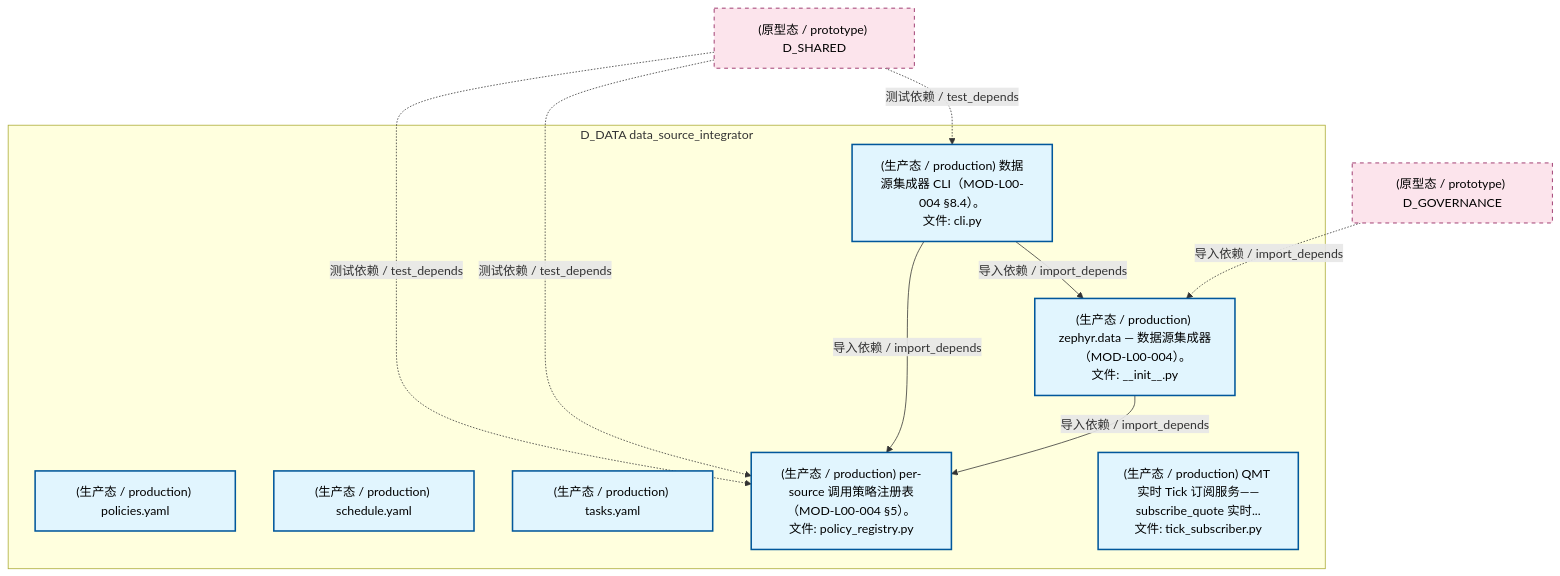
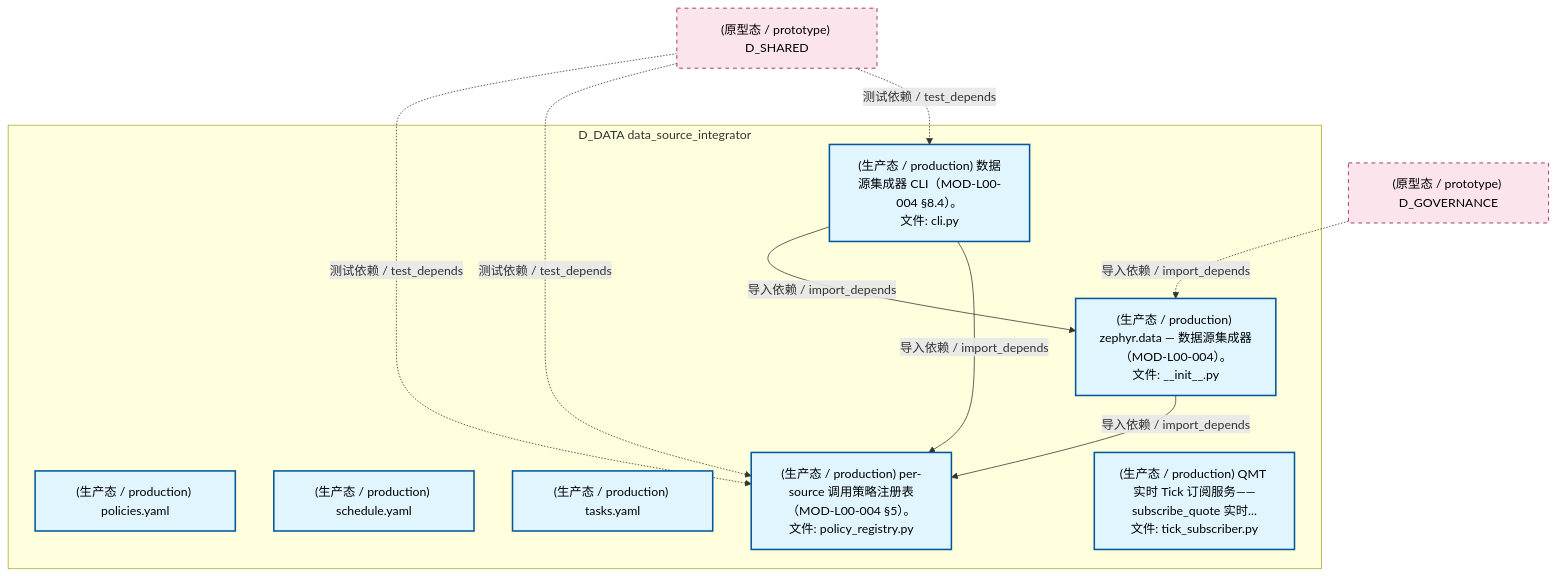
The third of 5 diagrams in docs/02_enterprise_architecture/02_domain_architecture_docs/61_d_data.md (xuanFelixVan/ZephyrAlpha), drawn with Mermaid before and after one commit. The commit also changed other lines of this file and 126 other files, not shown here.

````diff
--- a/docs/02_enterprise_architecture/02_domain_architecture_docs/61_d_data.md
+++ b/docs/02_enterprise_architecture/02_domain_architecture_docs/61_d_data.md
@@ -333,27 +321,27 @@
 ```mermaid
 graph TD
     subgraph D_DATA["D_DATA data_source_integrator"]
         src_zephyr_data_init_py["(生产态 / production) zephyr.data — 数据源集成器（MOD-L00-004）。<br/>文件: __init__.py"]
         src_zephyr_data_cli_py["(生产态 / production) 数据源集成器 CLI（MOD-L00-004 §8.4）。<br/>文件: cli.py"]
         src_zephyr_data_config_policies_yaml["(生产态 / production) policies.yaml"]
         src_zephyr_data_config_schedule_yaml["(生产态 / production) schedule.yaml"]
         src_zephyr_data_config_tasks_yaml["(生产态 / production) tasks.yaml"]
         src_zephyr_data_policy_registry_py["(生产态 / production) per-source 调用策略注册表（MOD-L00-004 §5）。<br/>文件: policy_registry.py"]
         src_zephyr_data_tick_subscriber_py["(生产态 / production) QMT 实时 Tick 订阅服务——subscribe_quote 实时...<br/>文件: tick_subscriber.py"]
     end
     src_zephyr_data_cli_py -->|导入依赖 / import_depends| src_zephyr_data_policy_registry_py
     src_zephyr_data_cli_py -->|导入依赖 / import_depends| src_zephyr_data_init_py
     src_zephyr_data_init_py -->|导入依赖 / import_depends| src_zephyr_data_policy_registry_py
     D_SHARED["(原型态 / prototype) D_SHARED"]
+    D_SHARED -.->|测试依赖 / test_depends| src_zephyr_data_cli_py
     D_SHARED -.->|测试依赖 / test_depends| src_zephyr_data_policy_registry_py
     D_SHARED -.->|测试依赖 / test_depends| src_zephyr_data_policy_registry_py
-    D_SHARED -.->|测试依赖 / test_depends| src_zephyr_data_cli_py
     D_GOVERNANCE["(原型态 / prototype) D_GOVERNANCE"]
     D_GOVERNANCE -.->|导入依赖 / import_depends| src_zephyr_data_init_py
     classDef production fill:#e1f5fe,stroke:#01579b,stroke-width:2px,color:#000
     classDef design fill:#fff3e0,stroke:#e65100,stroke-width:2px,color:#000,stroke-dasharray: 5 5
     classDef external_prod fill:#e8f5e9,stroke:#1b5e20,stroke-width:1px,color:#000
     classDef external_design fill:#fce4ec,stroke:#880e4f,stroke-width:1px,color:#000,stroke-dasharray: 5 5
     class src_zephyr_data_init_py,src_zephyr_data_cli_py,src_zephyr_data_config_policies_yaml,src_zephyr_data_config_schedule_yaml,src_zephyr_data_config_tasks_yaml,src_zephyr_data_policy_registry_py,src_zephyr_data_tick_subscriber_py production
     class D_SHARED,D_GOVERNANCE external_design
 ```
````
